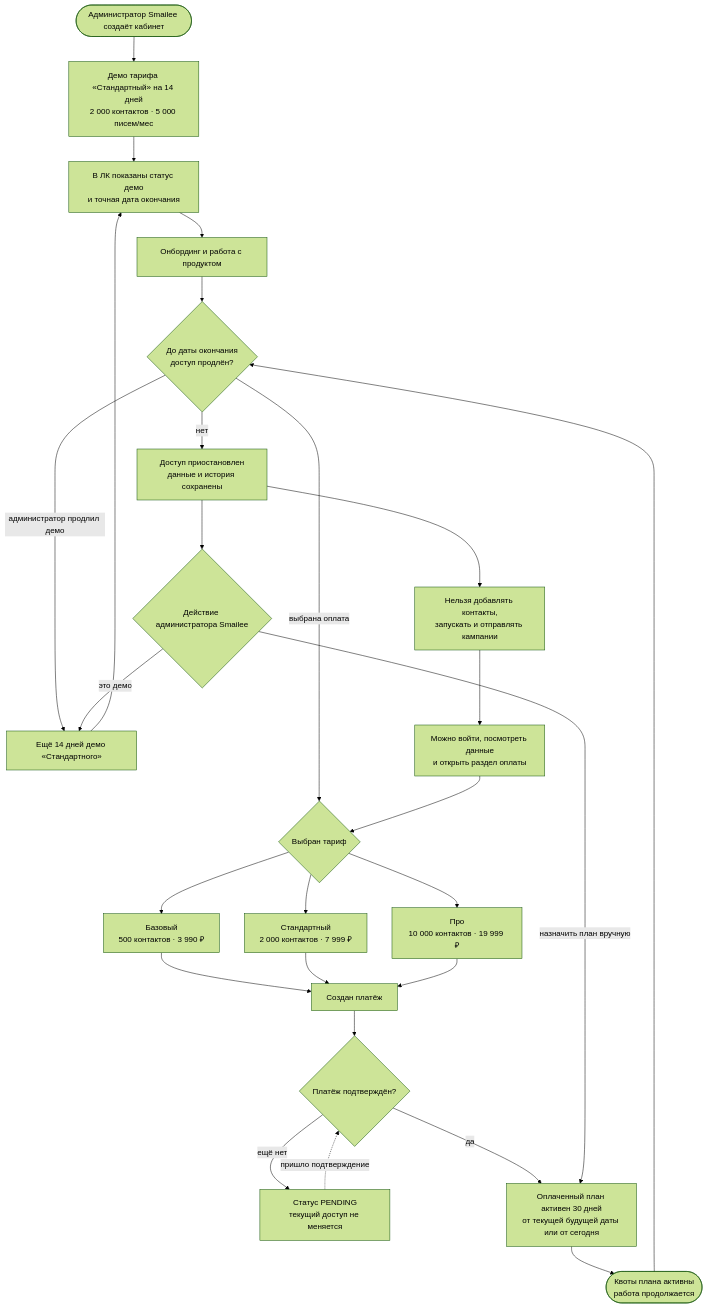
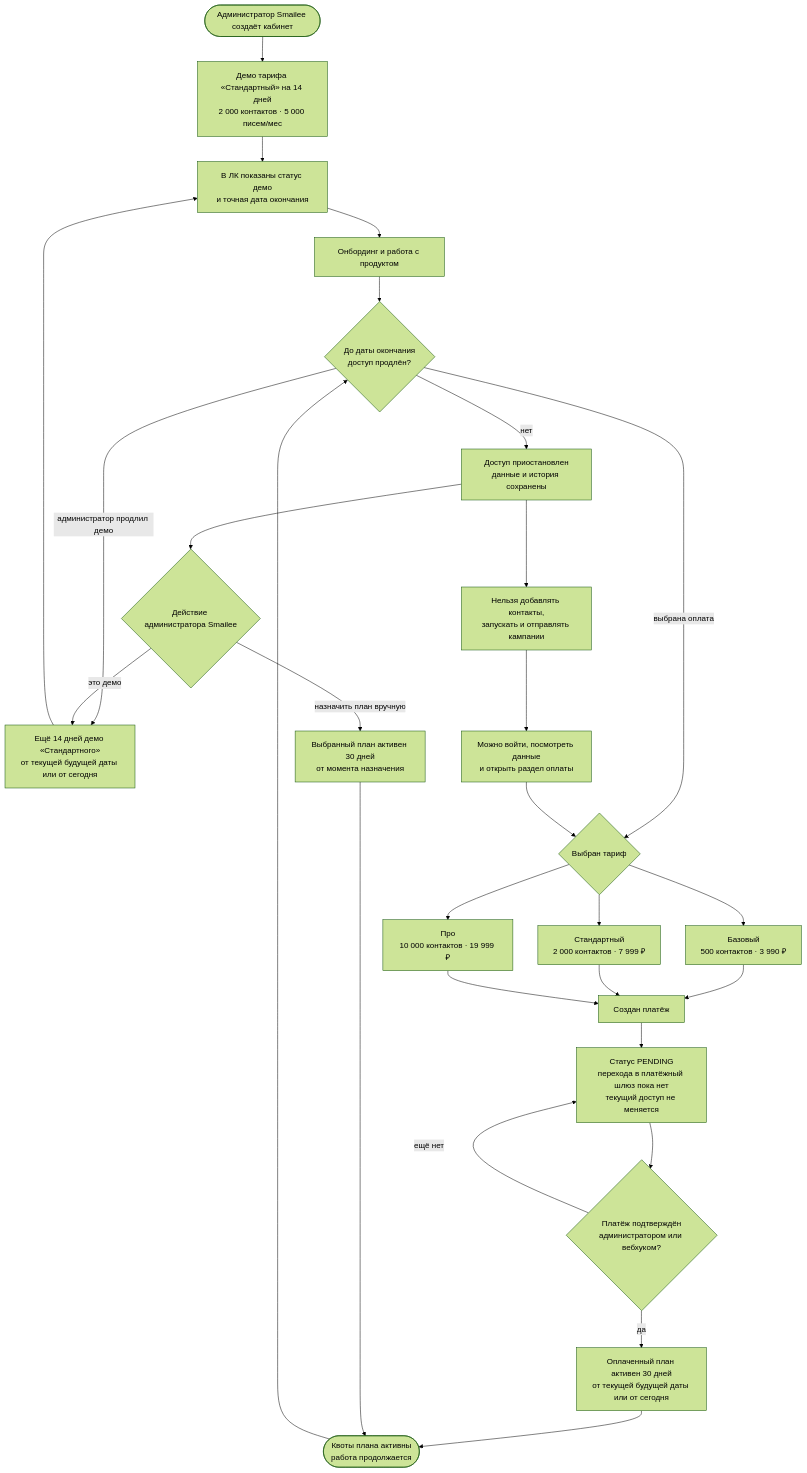
The diagram in docs/diagrams/billing.md (Egorizzz/smailee), drawn with Mermaid (forest theme) before and after one commit. The commit also changed other lines of this file and 6 other files, not shown here.

Commit message:
docs: актуализировать пользовательские диаграммы

````diff
--- a/docs/diagrams/billing.md
+++ b/docs/diagrams/billing.md
@@ -19,32 +24,33 @@
 ```mermaid
 flowchart TD
   Create([Администратор Smailee создаёт кабинет]) --> Demo[Демо тарифа «Стандартный» на 14 дней<br/>2 000 контактов · 5 000 писем/мес]
   Demo --> Visible[В ЛК показаны статус демо<br/>и точная дата окончания]
   Visible --> Work[Онбординг и работа с продуктом]
 
   Work --> Decision{До даты окончания<br/>доступ продлён?}
-  Decision -->|администратор продлил демо| Extend[Ещё 14 дней демо «Стандартного»]
+  Decision -->|администратор продлил демо| Extend[Ещё 14 дней демо «Стандартного»<br/>от текущей будущей даты или от сегодня]
   Extend --> Visible
   Decision -->|выбрана оплата| Choose{Выбран тариф}
   Choose --> Basic[Базовый<br/>500 контактов · 3 990 ₽]
   Choose --> Standard[Стандартный<br/>2 000 контактов · 7 999 ₽]
   Choose --> Pro[Про<br/>10 000 контактов · 19 999 ₽]
 
   Basic --> Payment[Создан платёж]
   Standard --> Payment
   Pro --> Payment
-  Payment --> Confirm{Платёж подтверждён?}
-  Confirm -->|ещё нет| Pending[Статус PENDING<br/>текущий доступ не меняется]
-  Pending -.->|пришло подтверждение| Confirm
+  Payment --> Pending[Статус PENDING<br/>перехода в платёжный шлюз пока нет<br/>текущий доступ не меняется]
+  Pending --> Confirm{Платёж подтверждён<br/>администратором или вебхуком?}
+  Confirm -->|ещё нет| Pending
   Confirm -->|да| Paid[Оплаченный план активен 30 дней<br/>от текущей будущей даты или от сегодня]
   Paid --> Active([Квоты плана активны<br/>работа продолжается])
   Active --> Decision
 
   Decision -->|нет| Frozen[Доступ приостановлен<br/>данные и история сохранены]
   Frozen --> Blocked[Нельзя добавлять контакты,<br/>запускать и отправлять кампании]
   Blocked --> Read[Можно войти, посмотреть данные<br/>и открыть раздел оплаты]
   Read --> Choose
   Frozen --> AdminChoice{Действие администратора Smailee}
   AdminChoice -->|это демо| Extend
-  AdminChoice -->|назначить план вручную| Paid
+  AdminChoice -->|назначить план вручную| ManualPaid[Выбранный план активен 30 дней<br/>от момента назначения]
+  ManualPaid --> Active
 ```
````
